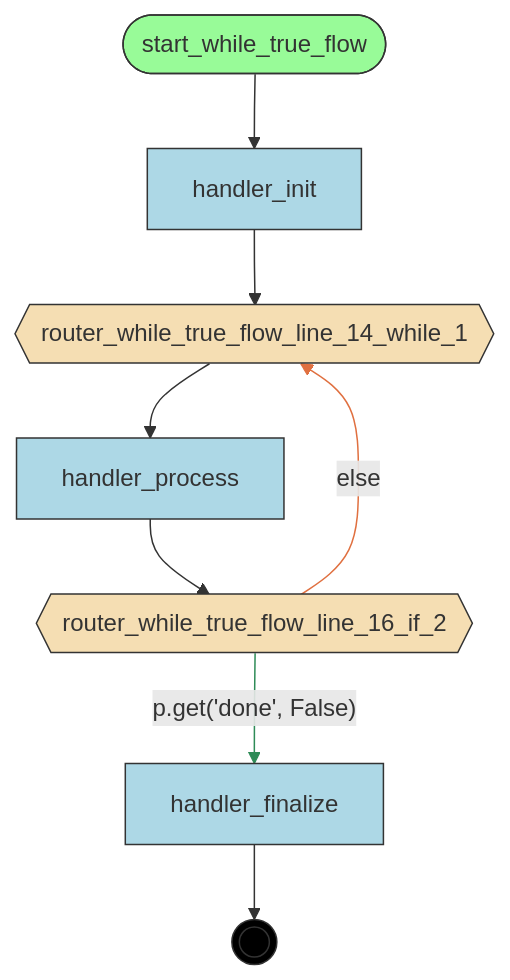
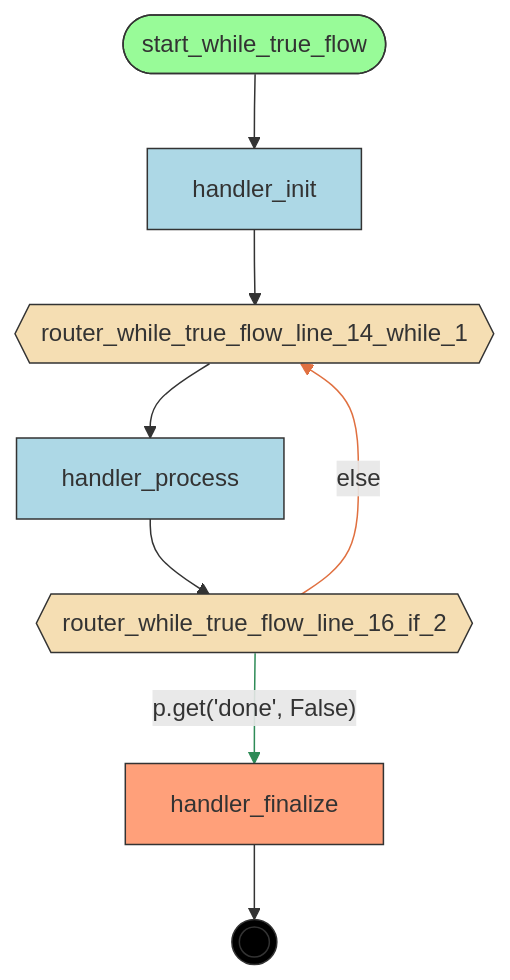
Before and after one commit to deliveryhero/asya: the diagram in examples/flows/compiled/while_true_simple/flow.mmd, drawn with Mermaid. The commit also changed 364 other files, not shown here.

First line of the commit message:
feat(compiler): Phase 2 — 5-step pipeline with manifest generation and FlowInfo (#339)

```diff
--- a/examples/flows/compiled/while_true_simple/flow.mmd
+++ b/examples/flows/compiled/while_true_simple/flow.mmd
@@ -1,29 +1,31 @@
 flowchart TD
     %% Flow: while_true_flow
 
     handler_finalize[handler_finalize]
     handler_init[handler_init]
     handler_process[handler_process]
     router_while_true_flow_line_14_while_1{{router_while_true_flow_line_14_while_1}}
     router_while_true_flow_line_16_if_2{{router_while_true_flow_line_16_if_2}}
     start_while_true_flow([start_while_true_flow])
     __end__((( )))
 
     start_while_true_flow --> handler_init
     handler_init --> router_while_true_flow_line_14_while_1
     router_while_true_flow_line_16_if_2 -->|"p.get('done', False)"| handler_finalize
     router_while_true_flow_line_14_while_1 --> handler_process
     handler_process --> router_while_true_flow_line_16_if_2
     router_while_true_flow_line_16_if_2 -->|"else"| router_while_true_flow_line_14_while_1
     handler_finalize --> __end__
 
-    classDef entrypoint fill:#98FB98,stroke:#333
+    classDef start fill:#98FB98,stroke:#333
+    classDef endnode fill:#FFA07A,stroke:#333
     classDef router fill:#F5DEB3,stroke:#333
     classDef handler fill:#ADD8E6,stroke:#333
     classDef endpoint fill:#000,stroke:#333,color:#fff
-    class start_while_true_flow entrypoint
+    class start_while_true_flow start
+    class handler_finalize endnode
     class router_while_true_flow_line_14_while_1,router_while_true_flow_line_16_if_2 router
-    class handler_finalize,handler_init,handler_process handler
+    class handler_init,handler_process handler
     class __end__ endpoint
     linkStyle 2 stroke:#2E8B57
     linkStyle 5 stroke:#E07040
```
